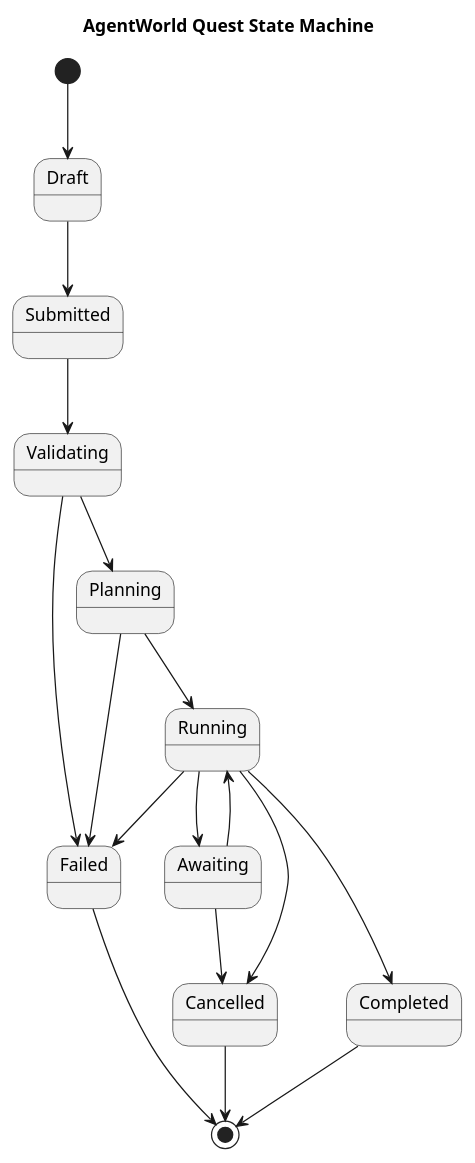
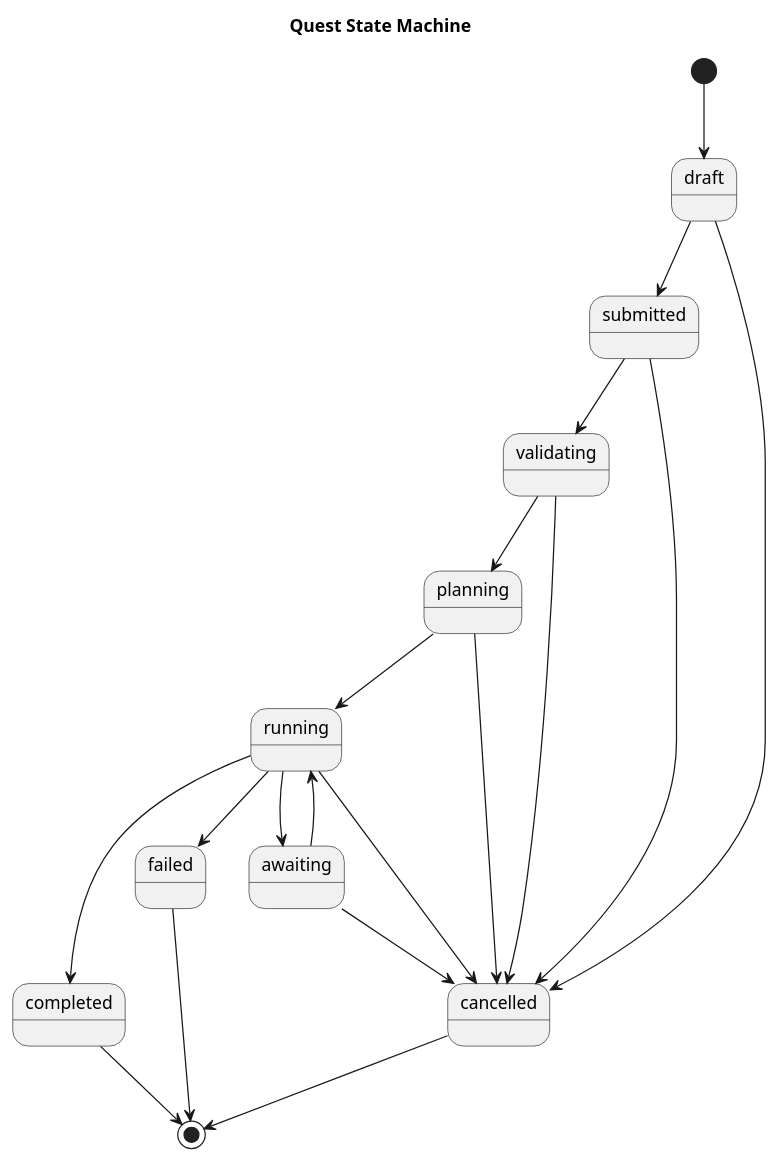
One commit to SimonMing47/agent-world changed the sixth of 7 diagrams in docs/detailed-design.en.md. Above: the diagram before and after it, drawn with PlantUML. The commit also changed other lines of this file and 29 other files, not shown here.

````diff
--- a/docs/detailed-design.en.md
+++ b/docs/detailed-design.en.md
@@ -1078,23 +1209,23 @@
 ```plantuml
 @startuml
-title AgentWorld Quest State Machine
-
-[*] --> Draft
-Draft --> Submitted
-Submitted --> Validating
-Validating --> Planning
-Validating --> Failed
-Planning --> Running
-Planning --> Failed
-Running --> Awaiting
-Running --> Completed
-Running --> Failed
-Awaiting --> Running
-Awaiting --> Cancelled
-Running --> Cancelled
-Failed --> [*]
-Completed --> [*]
-Cancelled --> [*]
-
+title Quest State Machine
+[*] --> draft
+draft --> submitted
+submitted --> validating
+validating --> planning
+planning --> running
+running --> awaiting
+awaiting --> running
+running --> completed
+running --> failed
+draft --> cancelled
+submitted --> cancelled
+validating --> cancelled
+planning --> cancelled
+running --> cancelled
+awaiting --> cancelled
+completed --> [*]
+failed --> [*]
+cancelled --> [*]
 @enduml
 ```
````
